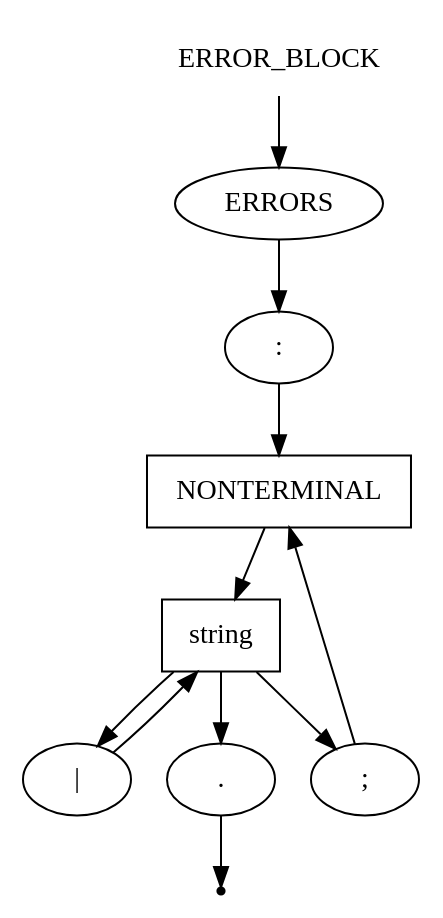
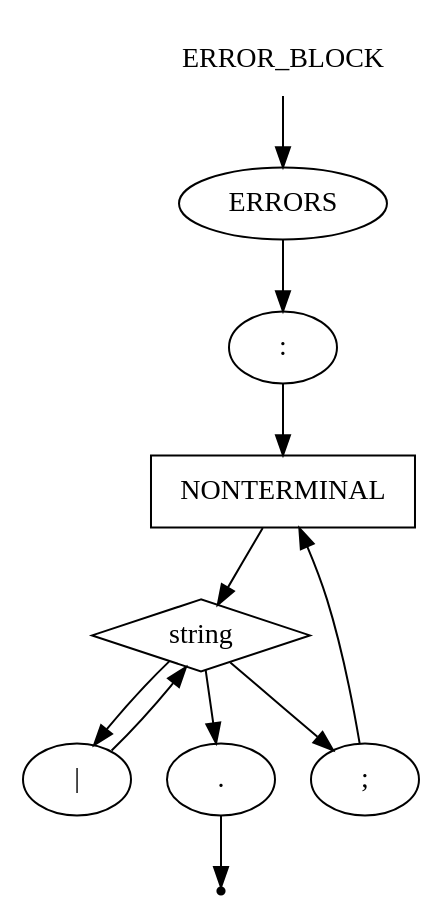
One commit to aVorotnikov/dsl_generator changed the diagram in _examples/ebnf/error_block.gv. Above: the diagram before and after it, drawn with Graphviz. The commit also changed 6 other files, not shown here.

Commit message:
Update Virt diagrams specification

```diff
--- a/_examples/ebnf/error_block.gv
+++ b/_examples/ebnf/error_block.gv
@@ -1,21 +1,21 @@
 digraph ERROR_BLOCK {
     start [label=ERROR_BLOCK shape=plaintext]
     A [label=ERRORS shape=oval]
     B [label=":" shape=oval]
     C [label=NONTERMINAL shape=box]
-    D [label=string shape=box]
+    D [label=string shape=diamond]
     E [label="|" shape=oval]
     F [label=";" shape=oval]
     G [label="." shape=oval]
     end [label="" shape=point]
     start -> A
     A -> B
     B -> C
     C -> D
     D -> G
     D -> E
     E -> D
     D -> F
     F -> C
     G -> end
 }
```
